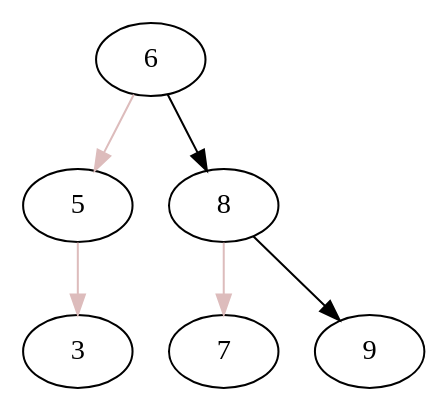
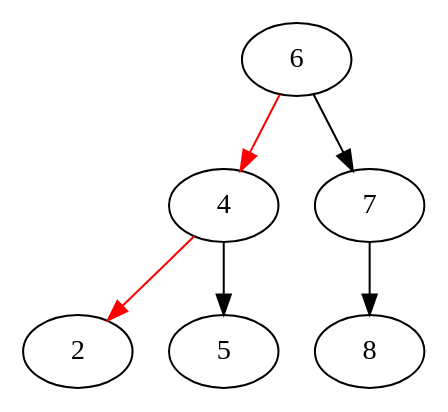
The diagram in AVL/graph.dot (sunRainPenguin/javaSamples), drawn with Graphviz before and after one commit. The commit also changed 5 other files, not shown here.

```diff
--- a/AVL/graph.dot
+++ b/AVL/graph.dot
@@ -1,7 +1,7 @@
 digraph g{
-6->5[color="#DDBCBC"]
-5->3[color="#DDBCBC"]
-6->8
-8->7[color="#DDBCBC"]
-8->9
+6->4[color=red]
+4->2[color=red]
+4->5
+6->7
+7->8
 }
```
